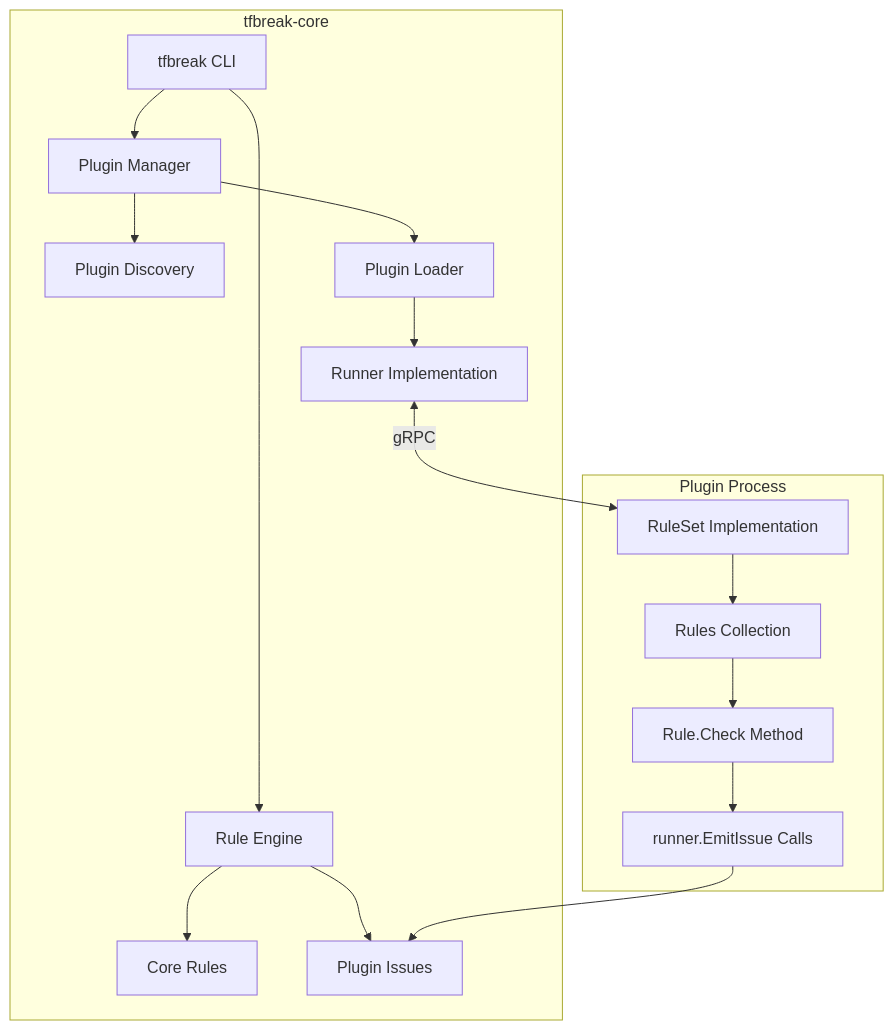
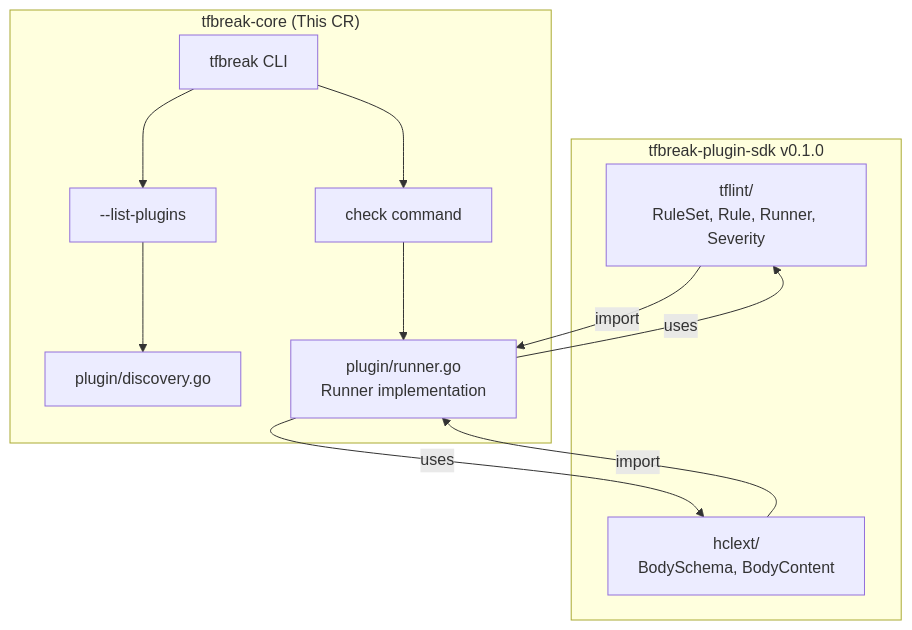
Before and after one commit to jokarl/tfbreak-core: the second of 3 diagrams in docs/cr/CR-0013-plugin-infrastructure.md, drawn with Mermaid. The commit also changed other lines of this file and 11 other files, not shown here.

Commit message:
feat(plugins): align core with SDK

````diff
--- a/docs/cr/CR-0013-plugin-infrastructure.md
+++ b/docs/cr/CR-0013-plugin-infrastructure.md
@@ -49,20 +83,19 @@
 ```mermaid
 flowchart TD
-    subgraph tfbreak-core
-        A[tfbreak CLI] --> B[Plugin Manager]
-        B --> C[Plugin Discovery]
-        B --> D[Plugin Loader]
-        D --> E[Runner Implementation]
-        A --> F[Rule Engine]
-        F --> G[Core Rules]
-        F --> H[Plugin Issues]
+    subgraph tfbreak-plugin-sdk["tfbreak-plugin-sdk v0.1.0"]
+        TFLINT[tflint/<br/>RuleSet, Rule, Runner, Severity]
+        HCLEXT[hclext/<br/>BodySchema, BodyContent]
     end
-    subgraph Plugin Process
-        I[RuleSet Implementation]
-        I --> J[Rules Collection]
-        J --> K[Rule.Check Method]
-        K --> L[runner.EmitIssue Calls]
+
+    subgraph tfbreak-core["tfbreak-core (This CR)"]
+        CLI[tfbreak CLI] --> LIST[--list-plugins]
+        LIST --> DISCOVERY[plugin/discovery.go]
+        CLI --> CHECK[check command]
+        CHECK --> RUNNER[plugin/runner.go<br/>Runner implementation]
+        RUNNER -->|"uses"| TFLINT
+        RUNNER -->|"uses"| HCLEXT
     end
-    E <--"gRPC"--> I
-    L --> H
+
+    TFLINT -->|"import"| RUNNER
+    HCLEXT -->|"import"| RUNNER
 ```
````
